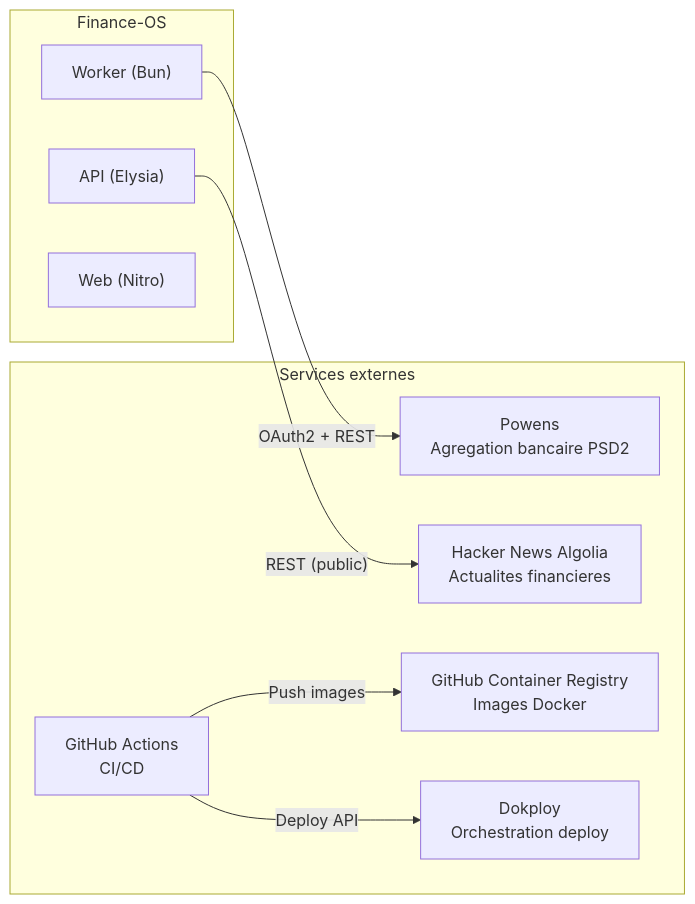
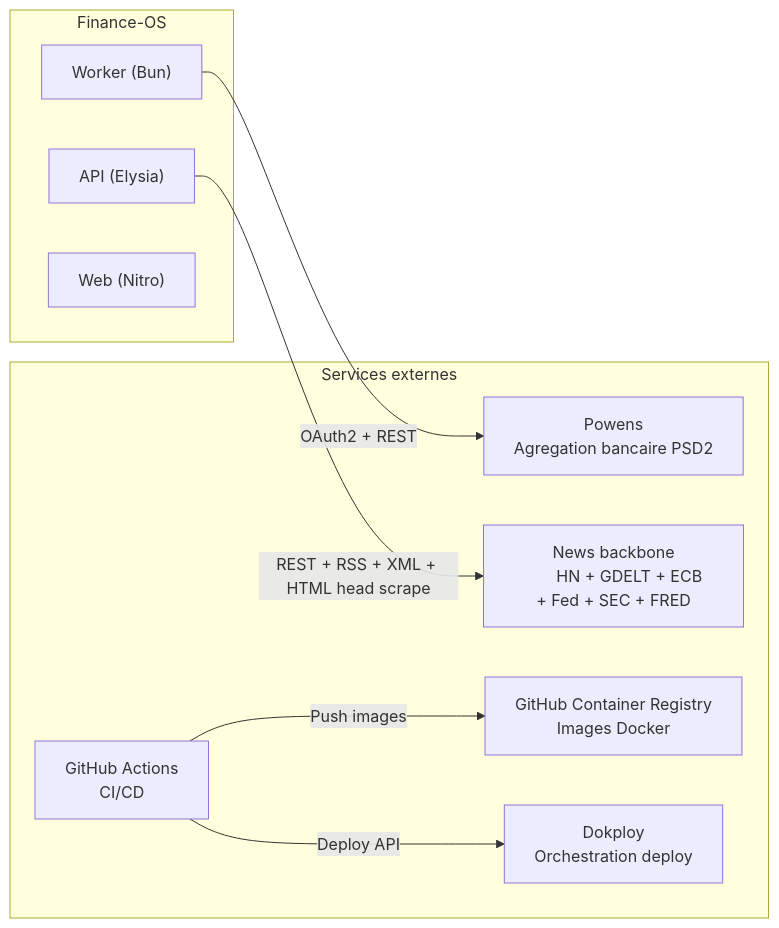
The diagram in docs/context/EXTERNAL-SERVICES.md (BigZoo92/finance-os), drawn with Mermaid before and after one commit. The commit also changed other lines of this file and 84 other files, not shown here.

````diff
--- a/docs/context/EXTERNAL-SERVICES.md
+++ b/docs/context/EXTERNAL-SERVICES.md
@@ -11,26 +11,26 @@
 ```mermaid
 graph LR
     subgraph "Finance-OS"
         API["API (Elysia)"]
         Worker["Worker (Bun)"]
         Web["Web (Nitro)"]
     end
 
     subgraph "Services externes"
         Powens["Powens
         Agregation bancaire PSD2"]
-        HN["Hacker News Algolia
-        Actualites financieres"]
+        NewsBackbone["News backbone
+        HN + GDELT + ECB + Fed + SEC + FRED"]
         GHCR["GitHub Container Registry
         Images Docker"]
         Dokploy["Dokploy
         Orchestration deploy"]
         GHA["GitHub Actions
         CI/CD"]
     end
 
     Worker -->|"OAuth2 + REST"| Powens
-    API -->|"REST (public)"| HN
+    API -->|"REST + RSS + XML + HTML head scrape"| NewsBackbone
     GHA -->|"Push images"| GHCR
     GHA -->|"Deploy API"| Dokploy
 ```
````
